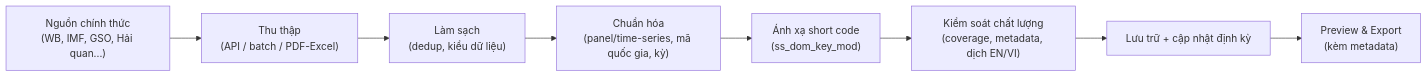
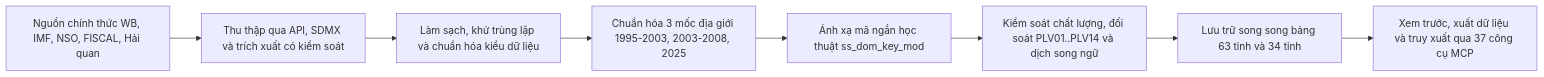
Before and after one commit to vietlod/docs: the diagram in docs/ecodata/du-lieu/methodology.mdx, drawn with Mermaid. The commit also changed other lines of this file and 28 other files, not shown here.

````diff
--- a/docs/ecodata/du-lieu/methodology.mdx
+++ b/docs/ecodata/du-lieu/methodology.mdx
@@ -33,10 +39,10 @@
 ```mermaid
 flowchart LR
-  A["Nguồn chính thức<br/>(WB, IMF, GSO, Hải quan...)"] --> B["Thu thập<br/>(API / batch / PDF-Excel)"]
-  B --> C["Làm sạch<br/>(dedup, kiểu dữ liệu)"]
-  C --> D["Chuẩn hóa<br/>(panel/time-series, mã quốc gia, kỳ)"]
-  D --> E["Ánh xạ short code<br/>(ss_dom_key_mod)"]
-  E --> F["Kiểm soát chất lượng<br/>(coverage, metadata, dịch EN/VI)"]
-  F --> G["Lưu trữ + cập nhật định kỳ"]
-  G --> H["Preview & Export<br/>(kèm metadata)"]
+  A["Nguồn chính thức WB, IMF, NSO, FISCAL, Hải quan"] --> B["Thu thập qua API, SDMX và trích xuất có kiểm soát"]
+  B --> C["Làm sạch, khử trùng lặp và chuẩn hóa kiểu dữ liệu"]
+  C --> D["Chuẩn hóa 3 mốc địa giới 1995-2003, 2003-2008, 2025"]
+  D --> E["Ánh xạ mã ngắn học thuật ss_dom_key_mod"]
+  E --> F["Kiểm soát chất lượng, đối soát PLV01..PLV14 và dịch song ngữ"]
+  F --> G["Lưu trữ song song bảng 63 tỉnh và 34 tỉnh"]
+  G --> H["Xem trước, xuất dữ liệu và truy xuất qua 37 công cụ MCP"]
 ```
````
